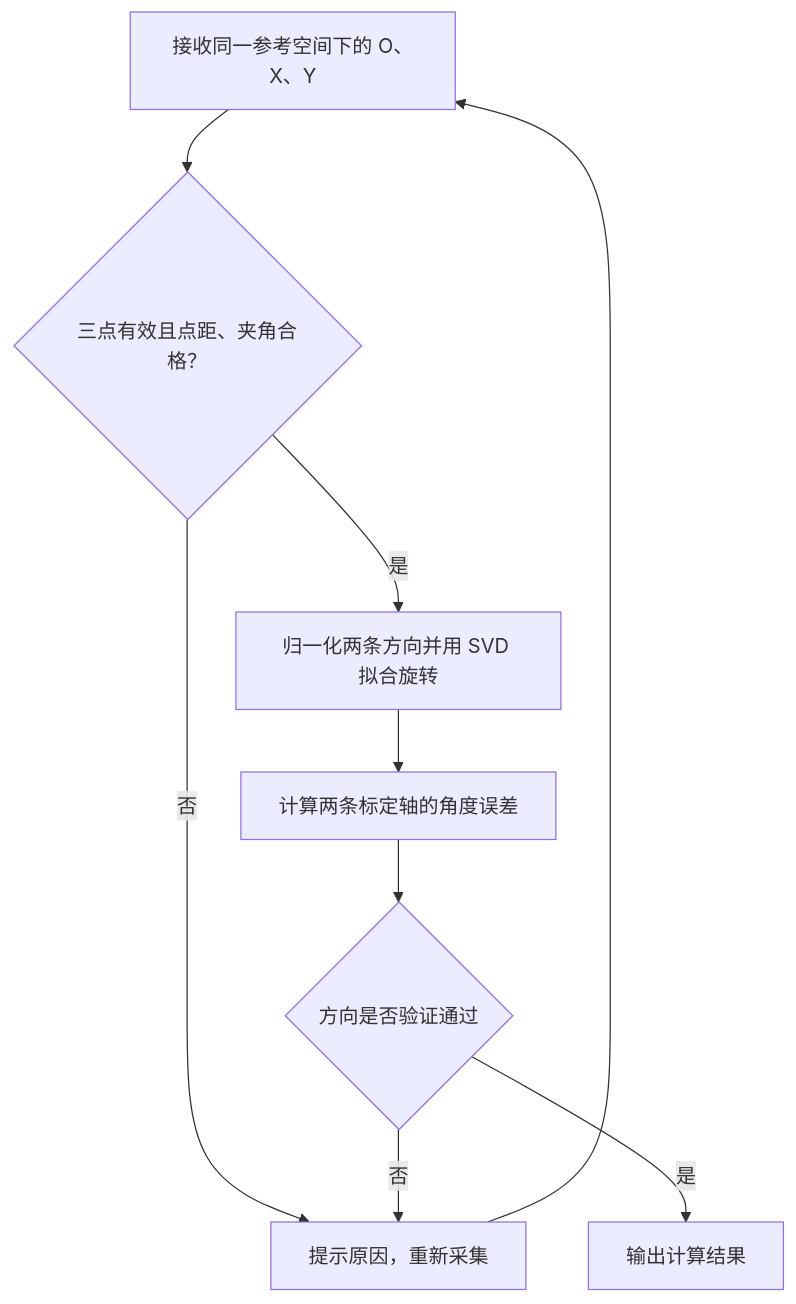
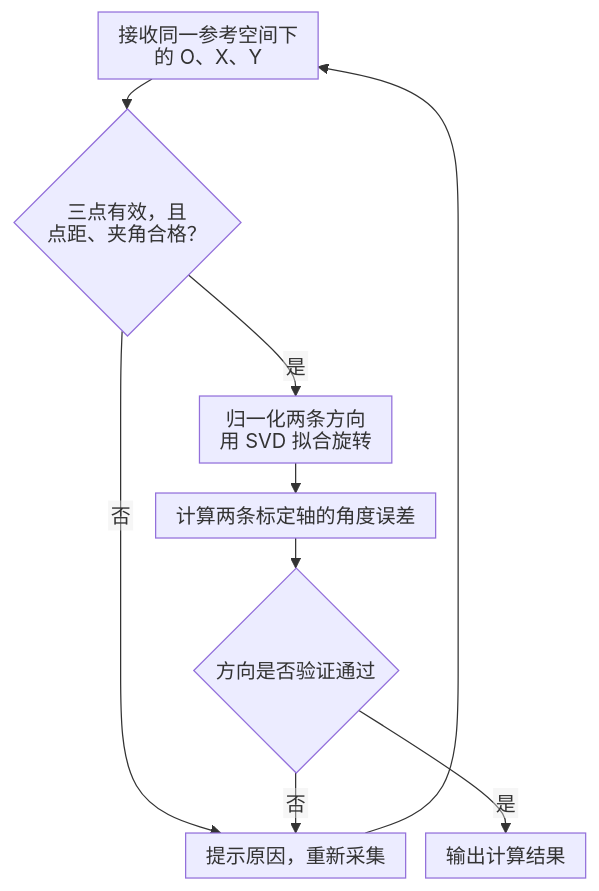
The first of 2 diagrams in 4、标定.md (YYxzz8866/Quest-Proposal), drawn with Mermaid before and after one commit. The commit also changed other lines of this file and 9 other files, not shown here.

````diff
--- a/4、标定.md
+++ b/4、标定.md
@@ -33,16 +33,17 @@
 ```mermaid
+%%{init: {"htmlLabels": false, "flowchart": {"htmlLabels": false, "useMaxWidth": true, "nodeSpacing": 16, "rankSpacing": 24, "padding": 8}}}%%
 flowchart TD
-    Samples["接收同一参考空间下的 O、X、Y"]
-    Check{"三点有效且点距、夹角合格？"}
+    Samples["接收同一参考空间下<br/>的 O、X、Y"]
+    Check{"三点有效，且<br/>点距、夹角合格？"}
     Retry["提示原因，重新采集"]
-    Fit["归一化两条方向并用 SVD 拟合旋转"]
+    Fit["归一化两条方向<br/>用 SVD 拟合旋转"]
     Axis["计算两条标定轴的角度误差"]
     Test{"方向是否验证通过"}
     Save["输出计算结果"]
 
     Samples --> Check
     Check -->|否| Retry --> Samples
     Check -->|是| Fit --> Axis --> Test
     Test -->|否| Retry
     Test -->|是| Save
 ```
````
